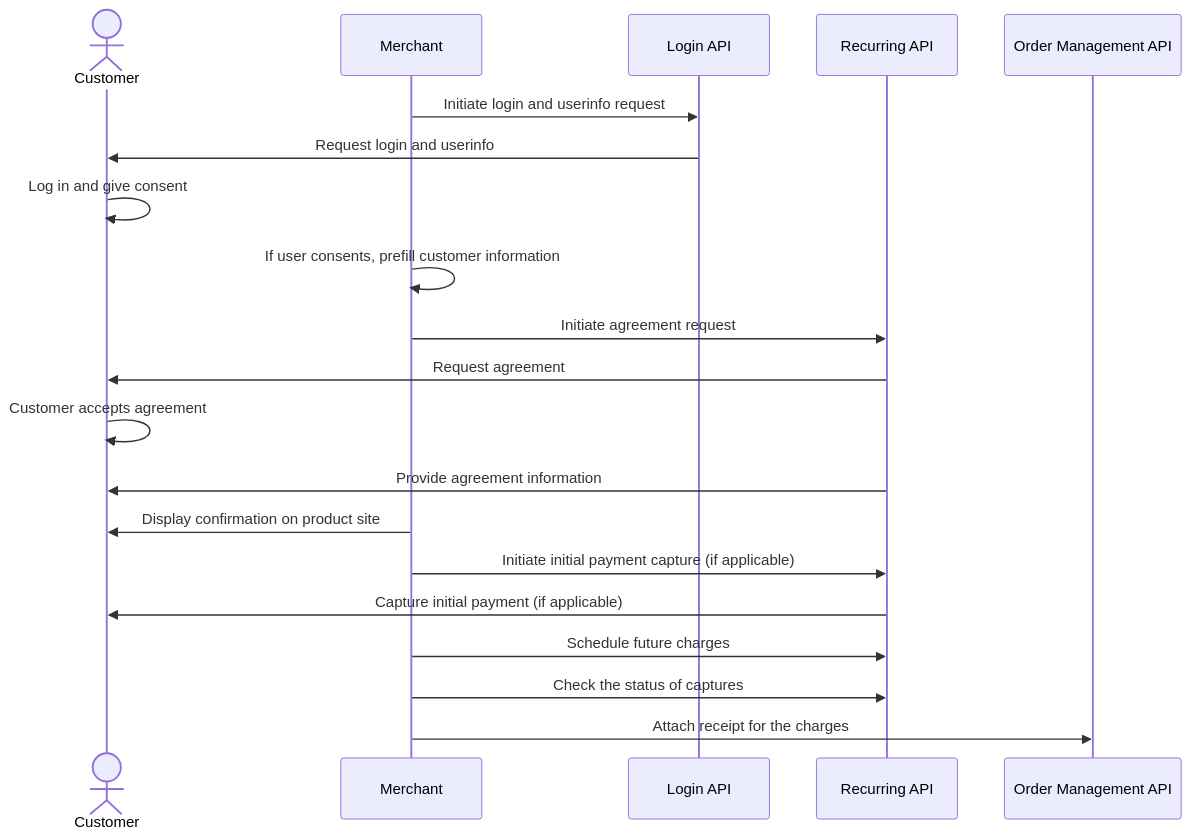
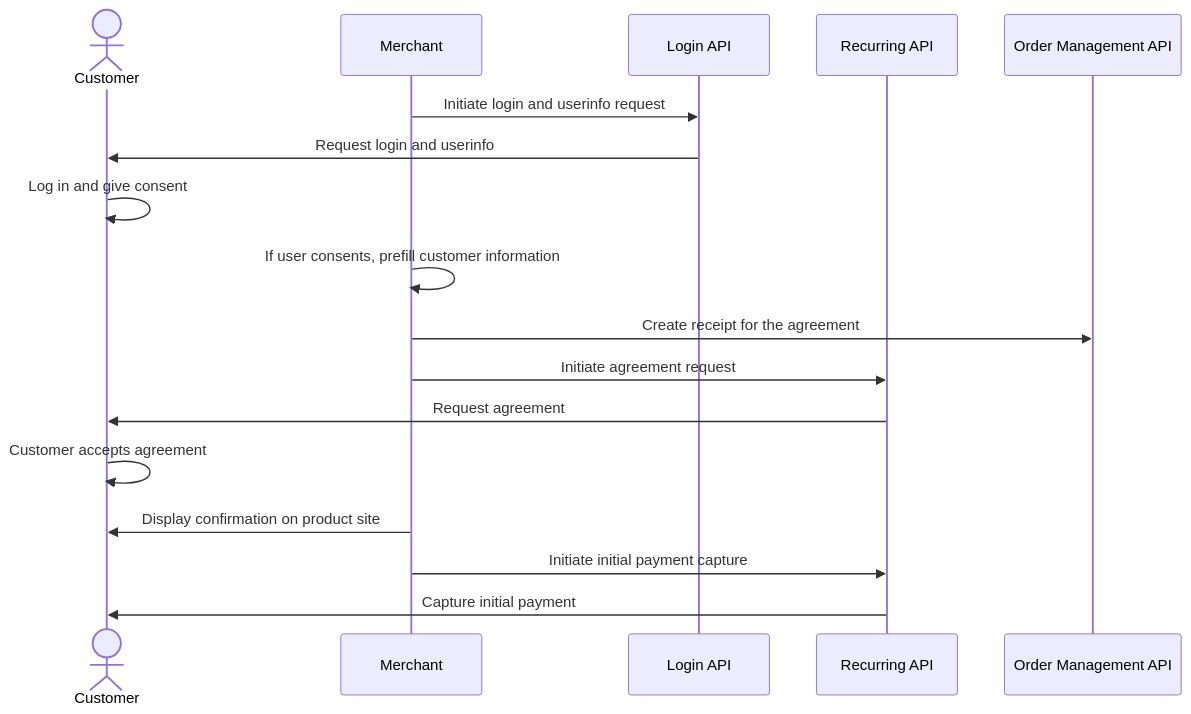
One commit to vippsas/vipps-solutions changed the first of 2 diagrams in recurring-and-login/README.md. Above: the diagram before and after it, drawn with Mermaid. The commit also changed other lines of this file and 5 other files, not shown here.

Commit message:
Updates to seq diagrams

````diff
--- a/recurring-and-login/README.md
+++ b/recurring-and-login/README.md
@@ -234,23 +234,20 @@
 ``` mermaid
 sequenceDiagram
     actor C as Customer
     participant M as Merchant
     participant Login as Login API
     participant Recurring as Recurring API
     participant ordermanagement as Order Management API
 
     M->>Login: Initiate login and userinfo request
     Login->>C: Request login and userinfo
     C->>C: Log in and give consent
     M->>M: If user consents, prefill customer information
+    M->> ordermanagement: Create receipt for the agreement
     M->>Recurring: Initiate agreement request
     Recurring->>C: Request agreement
     C->>C: Customer accepts agreement
-    Recurring->>C: Provide agreement information
     M->>C: Display confirmation on product site
-    M->>Recurring: Initiate initial payment capture (if applicable)
-    Recurring->>C: Capture initial payment (if applicable)
-    M->>Recurring: Schedule future charges
-    M->>Recurring: Check the status of captures
-    M->> ordermanagement: Attach receipt for the charges
+    M->>Recurring: Initiate initial payment capture
+    Recurring->>C: Capture initial payment
 ```
````
